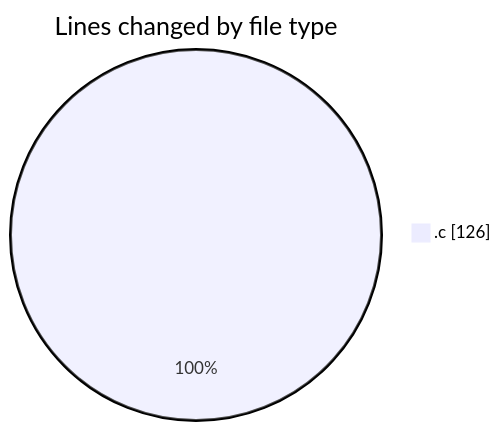
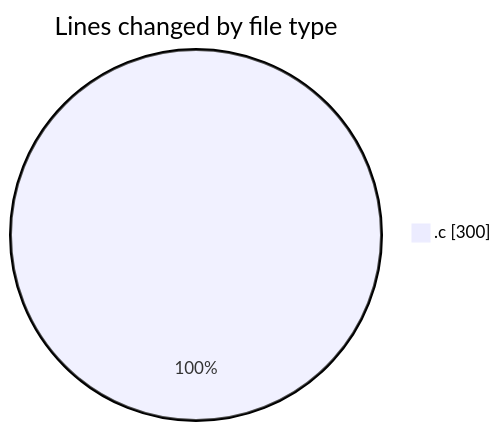
The first of 2 diagrams in 2025-09-18/th_orie_des_graphes/README.md (donsfak/code-tracking), drawn with Mermaid before and after one commit. The commit also changed other lines of this file and 1 other file, not shown here.

````diff
--- a/2025-09-18/th_orie_des_graphes/README.md
+++ b/2025-09-18/th_orie_des_graphes/README.md
@@ -20,5 +20,5 @@
 ```mermaid
 pie showData
 title Lines changed by file type
-".c" : 126
+".c" : 300
 ```
````
